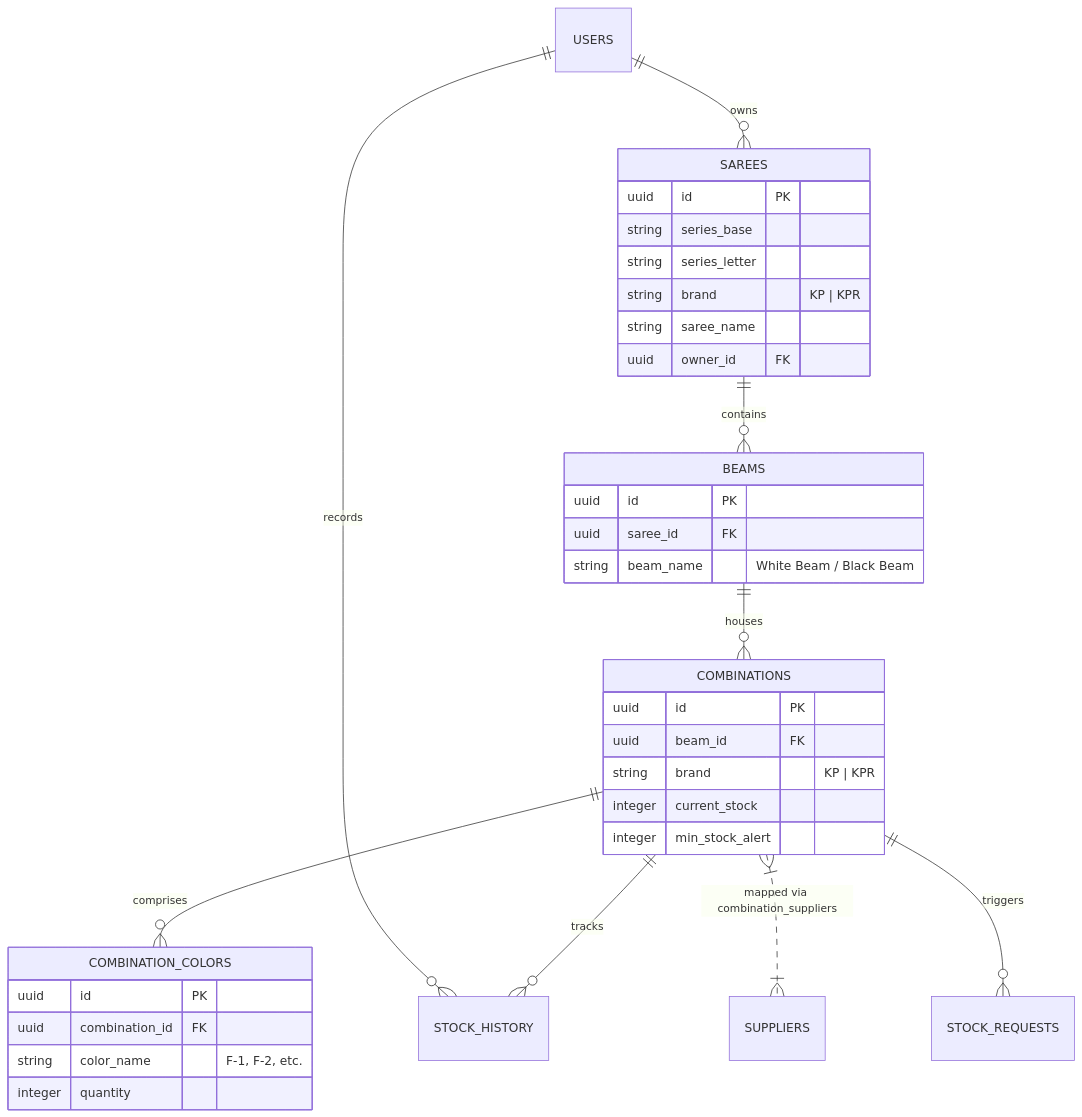
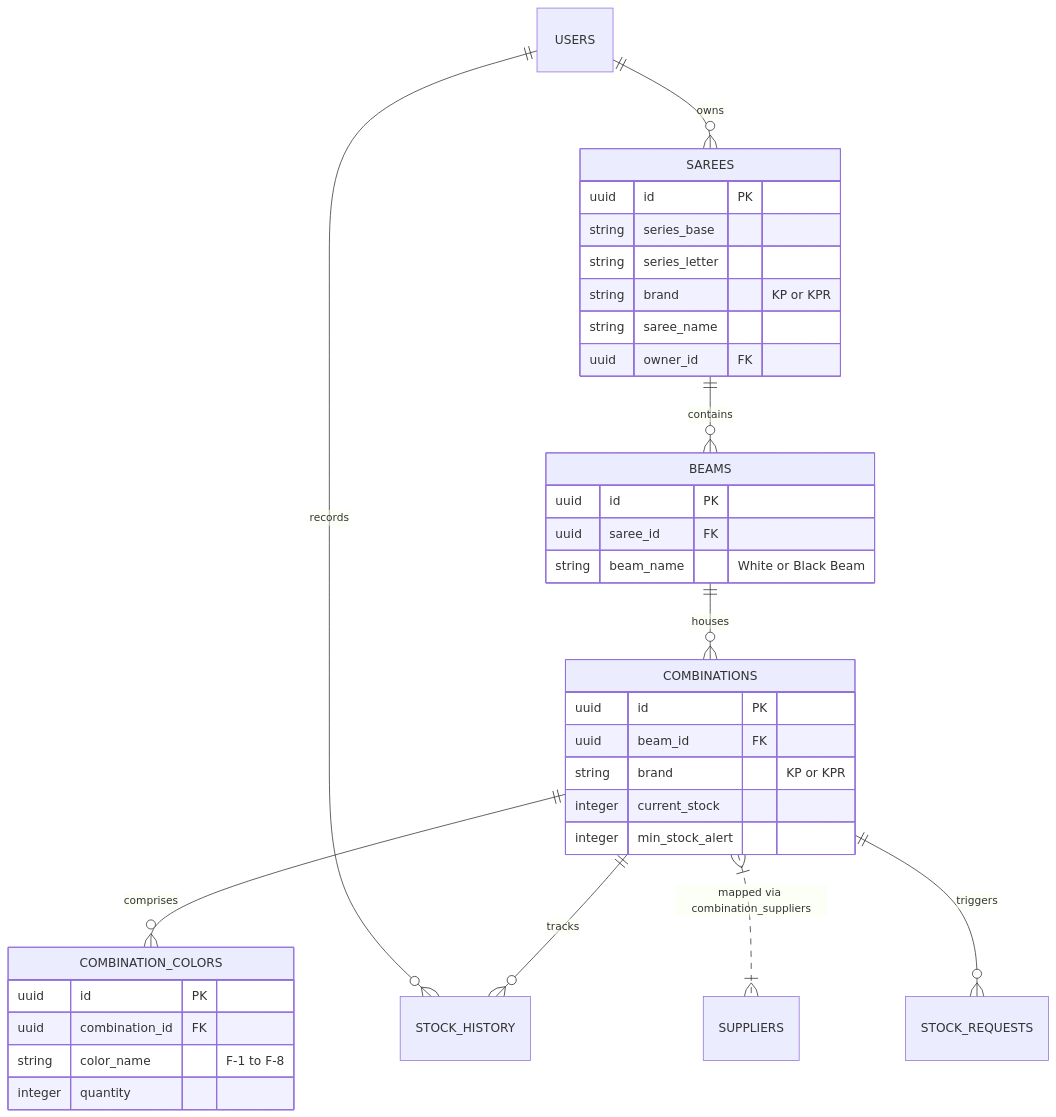
One commit to archimandani041/Saree_management changed the first of 3 diagrams in README.md. Above: the diagram before and after it, drawn with Mermaid. The commit also changed other lines of this file, not shown here.

````diff
--- a/README.md
+++ b/README.md
@@ -93,41 +122,41 @@
 ```mermaid
 erDiagram
     USERS ||--o{ SAREES : "owns"
     USERS ||--o{ STOCK_HISTORY : "records"
     SAREES ||--o{ BEAMS : "contains"
     BEAMS ||--o{ COMBINATIONS : "houses"
     COMBINATIONS ||--o{ COMBINATION_COLORS : "comprises"
     COMBINATIONS ||--o{ STOCK_HISTORY : "tracks"
     COMBINATIONS }|..|{ SUPPLIERS : "mapped via combination_suppliers"
     COMBINATIONS ||--o{ STOCK_REQUESTS : "triggers"
 
     SAREES {
         uuid id PK
         string series_base
         string series_letter
-        string brand "KP | KPR"
+        string brand "KP or KPR"
         string saree_name
         uuid owner_id FK
     }
 
     BEAMS {
         uuid id PK
         uuid saree_id FK
-        string beam_name "White Beam / Black Beam"
+        string beam_name "White or Black Beam"
     }
 
     COMBINATIONS {
         uuid id PK
         uuid beam_id FK
-        string brand "KP | KPR"
+        string brand "KP or KPR"
         integer current_stock
         integer min_stock_alert
     }
 
     COMBINATION_COLORS {
         uuid id PK
         uuid combination_id FK
-        string color_name "F-1, F-2, etc."
+        string color_name "F-1 to F-8"
         integer quantity
     }
 ```
````
